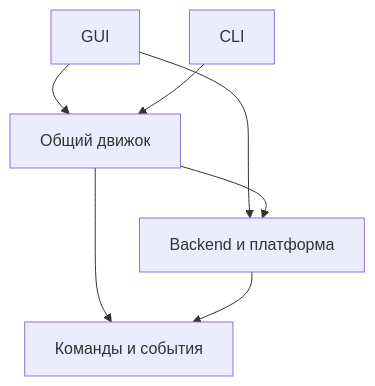
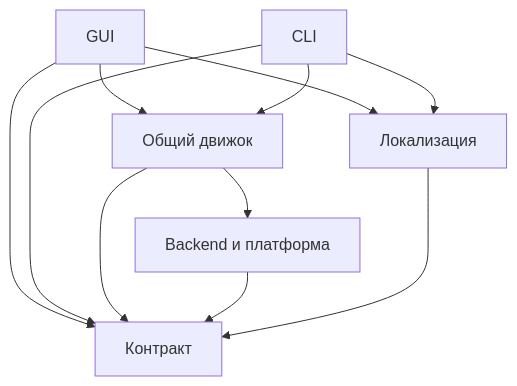
Before and after one commit to boogy777-lgtm/OPCLook: the diagram in README.md, drawn with Mermaid. The commit also changed other lines of this file and 6 other files, not shown here.

````diff
--- a/README.md
+++ b/README.md
@@ -73,9 +73,13 @@
 ```mermaid
 flowchart TD
     GUI["GUI"] --> Engine["Общий движок"]
-    GUI --> Backend["Backend и платформа"]
+    GUI --> Contract["Контракт"]
+    GUI --> Locale["Локализация"]
     CLI["CLI"] --> Engine
-    Engine --> Backend
-    Engine --> Contract["Команды и события"]
+    CLI --> Contract
+    CLI --> Locale
+    Engine --> Backend["Backend и платформа"]
+    Engine --> Contract
     Backend --> Contract
+    Locale --> Contract
 ```
````
